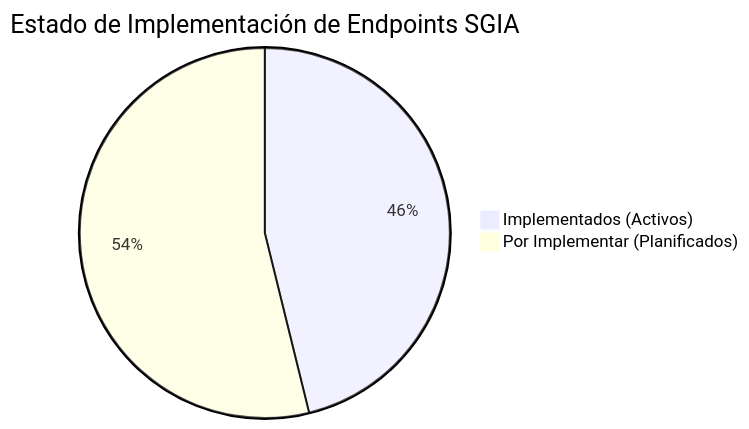
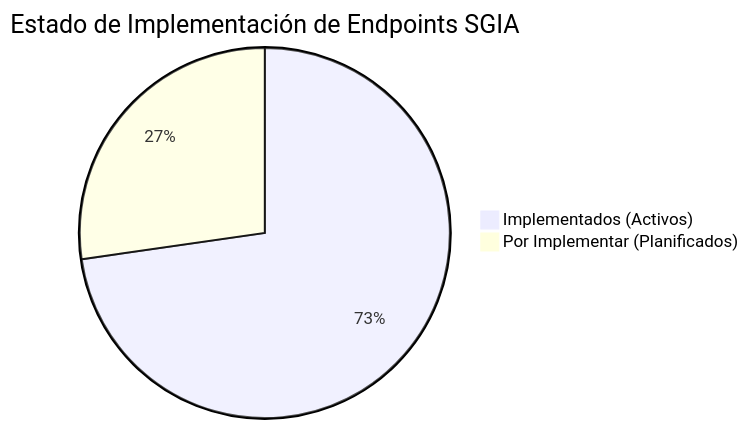
Before and after one commit to victorrubilar-dev/BackEnd-SGIA: the diagram in ENDPOINTS.md, drawn with Mermaid. The commit also changed other lines of this file and 45 other files, not shown here.

````diff
--- a/ENDPOINTS.md
+++ b/ENDPOINTS.md
@@ -195,5 +202,5 @@
 ```mermaid
 pie title Estado de Implementación de Endpoints SGIA
-    "Implementados (Activos)" : 24
-    "Por Implementar (Planificados)" : 28
+    "Implementados (Activos)" : 40
+    "Por Implementar (Planificados)" : 15
 ```
````
